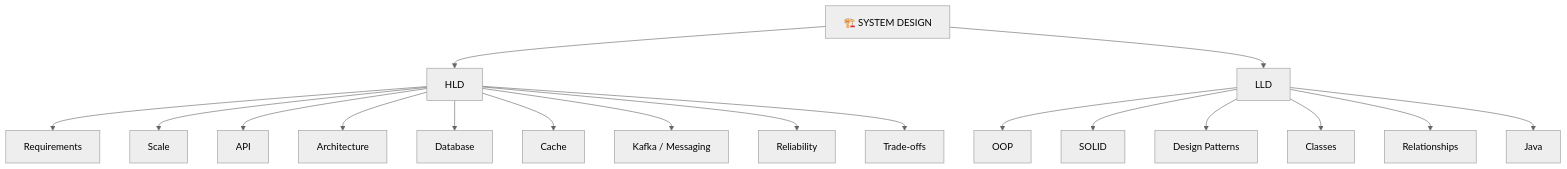
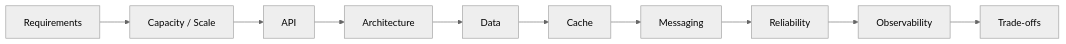
One commit to pavanganeshbhagathi/product-engineering-preparation changed the fourth of 7 diagrams in README.md. Above: the diagram before and after it, drawn with Mermaid (neutral theme). The commit also changed other lines of this file, not shown here.

First line of the commit message:
docs: refine product engineering roadmap and resources

````diff
--- a/README.md
+++ b/README.md
@@ -142,22 +202,15 @@
 ```mermaid
-flowchart TB
-    A["🏗️ SYSTEM DESIGN"] --> B["HLD"]
-    A --> C["LLD"]
+flowchart LR
+    A["Requirements"]
+    B["Capacity / Scale"]
+    C["API"]
+    D["Architecture"]
+    E["Data"]
+    F["Cache"]
+    G["Messaging"]
+    H["Reliability"]
+    I["Observability"]
+    J["Trade-offs"]
 
-    B --> B1["Requirements"]
-    B --> B2["Scale"]
-    B --> B3["API"]
-    B --> B4["Architecture"]
-    B --> B5["Database"]
-    B --> B6["Cache"]
-    B --> B7["Kafka / Messaging"]
-    B --> B8["Reliability"]
-    B --> B9["Trade-offs"]
-
-    C --> C1["OOP"]
-    C --> C2["SOLID"]
-    C --> C3["Design Patterns"]
-    C --> C4["Classes"]
-    C --> C5["Relationships"]
-    C --> C6["Java"]
+    A --> B --> C --> D --> E --> F --> G --> H --> I --> J
 ```
````
